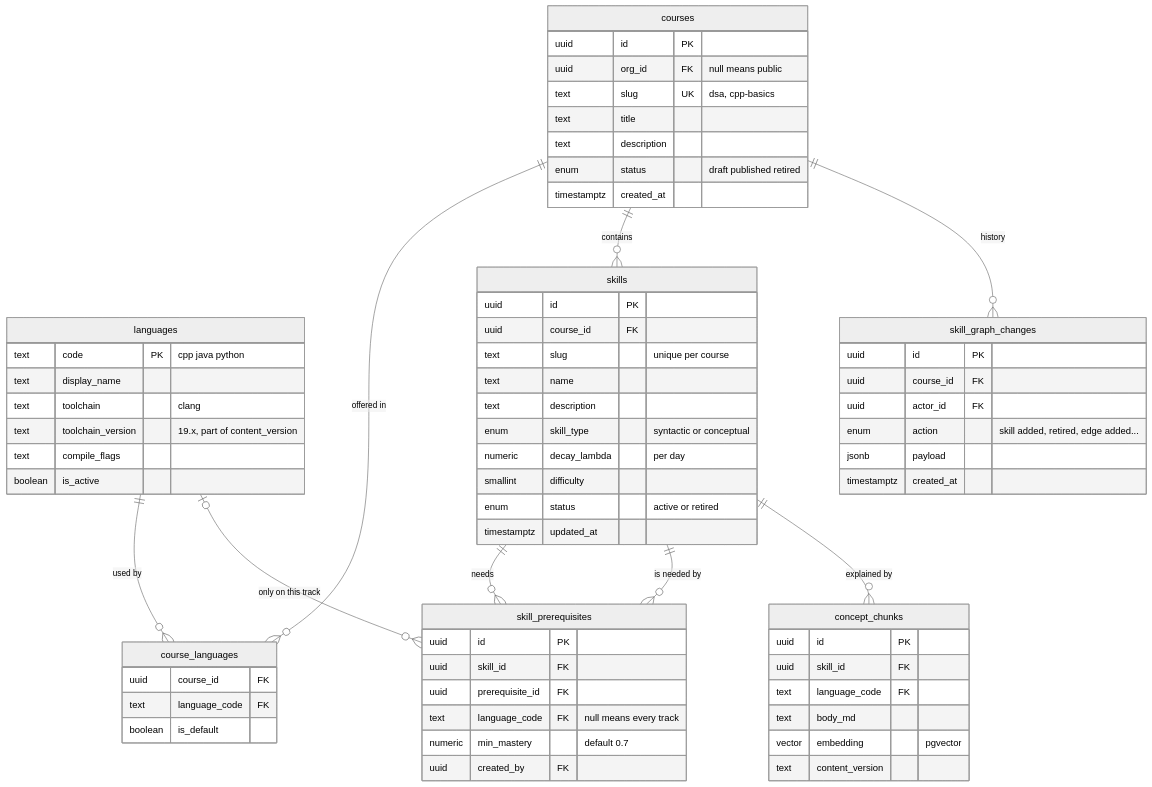
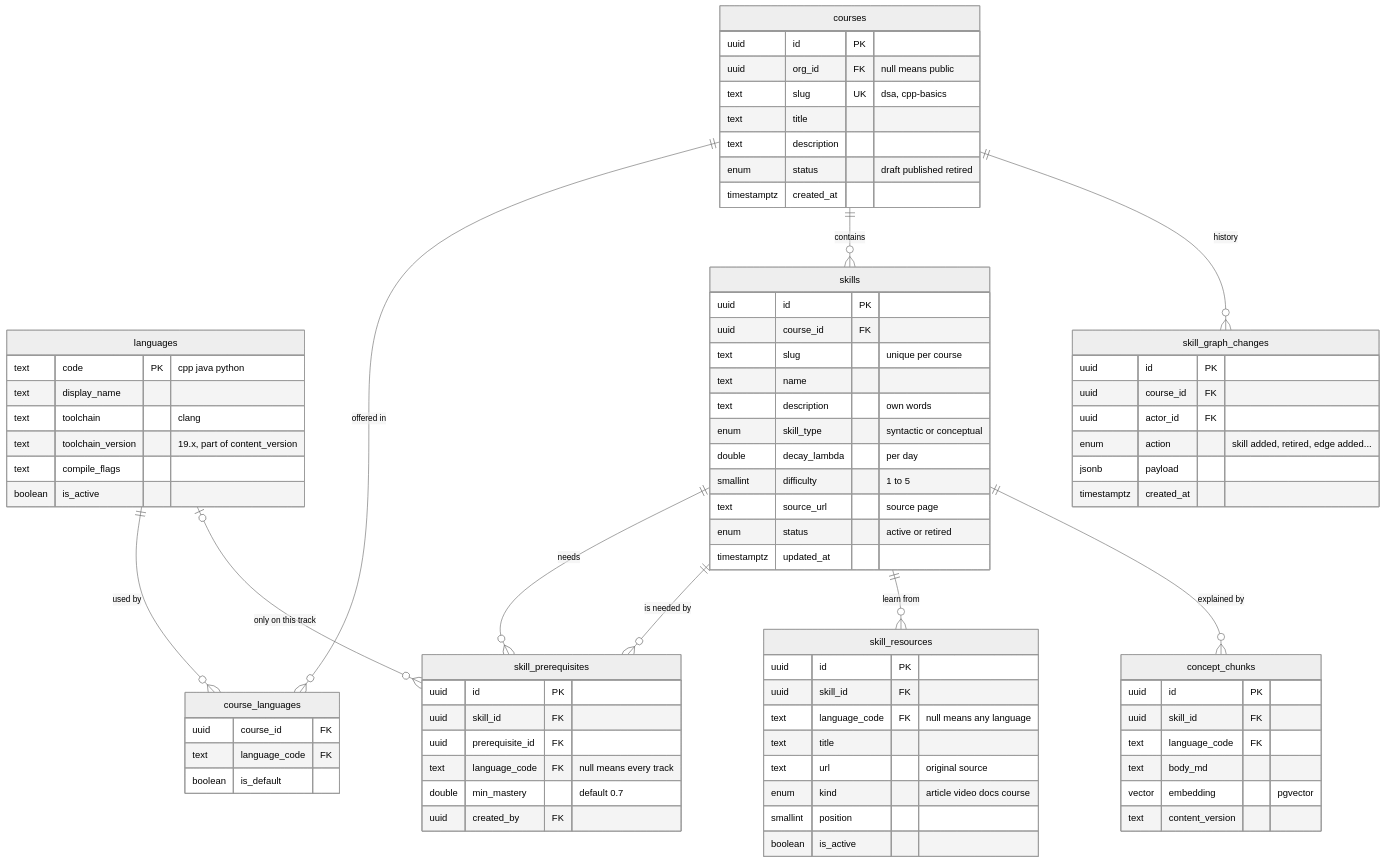
The eighth of 32 diagrams in DOCS/phase-2/MP3-System-Design.md (Nidanos/ai-tutor-platform), drawn with Mermaid (neutral theme) before and after one commit. The commit also changed other lines of this file, not shown here.

Commit message:
docs: update Phase 2 design with per-skill fade, schema refinements and auth decisions

````diff
--- a/DOCS/phase-2/MP3-System-Design.md
+++ b/DOCS/phase-2/MP3-System-Design.md
@@ -422,69 +459,81 @@
 ```mermaid
 erDiagram
   courses ||--o{ course_languages : "offered in"
   languages ||--o{ course_languages : "used by"
   courses ||--o{ skills : "contains"
   skills ||--o{ skill_prerequisites : "needs"
   skills ||--o{ skill_prerequisites : "is needed by"
   languages |o--o{ skill_prerequisites : "only on this track"
+  skills ||--o{ skill_resources : "learn from"
   courses ||--o{ skill_graph_changes : "history"
   skills ||--o{ concept_chunks : "explained by"
   languages {
     text code PK "cpp java python"
     text display_name
     text toolchain "clang"
     text toolchain_version "19.x, part of content_version"
     text compile_flags
     boolean is_active
   }
   courses {
     uuid id PK
     uuid org_id FK "null means public"
     text slug UK "dsa, cpp-basics"
     text title
     text description
     enum status "draft published retired"
     timestamptz created_at
   }
   course_languages {
     uuid course_id FK
     text language_code FK
     boolean is_default
   }
   skills {
     uuid id PK
     uuid course_id FK
     text slug "unique per course"
     text name
-    text description
+    text description "own words"
     enum skill_type "syntactic or conceptual"
-    numeric decay_lambda "per day"
-    smallint difficulty
+    double decay_lambda "per day"
+    smallint difficulty "1 to 5"
+    text source_url "source page"
     enum status "active or retired"
     timestamptz updated_at
   }
   skill_prerequisites {
     uuid id PK
     uuid skill_id FK
     uuid prerequisite_id FK
     text language_code FK "null means every track"
-    numeric min_mastery "default 0.7"
+    double min_mastery "default 0.7"
     uuid created_by FK
+  }
+  skill_resources {
+    uuid id PK
+    uuid skill_id FK
+    text language_code FK "null means any language"
+    text title
+    text url "original source"
+    enum kind "article video docs course"
+    smallint position
+    boolean is_active
   }
   skill_graph_changes {
     uuid id PK
     uuid course_id FK
     uuid actor_id FK
     enum action "skill added, retired, edge added..."
     jsonb payload
     timestamptz created_at
   }
   concept_chunks {
     uuid id PK
     uuid skill_id FK
     text language_code FK
     text body_md
     vector embedding "pgvector"
     text content_version
   }
 ```
````
